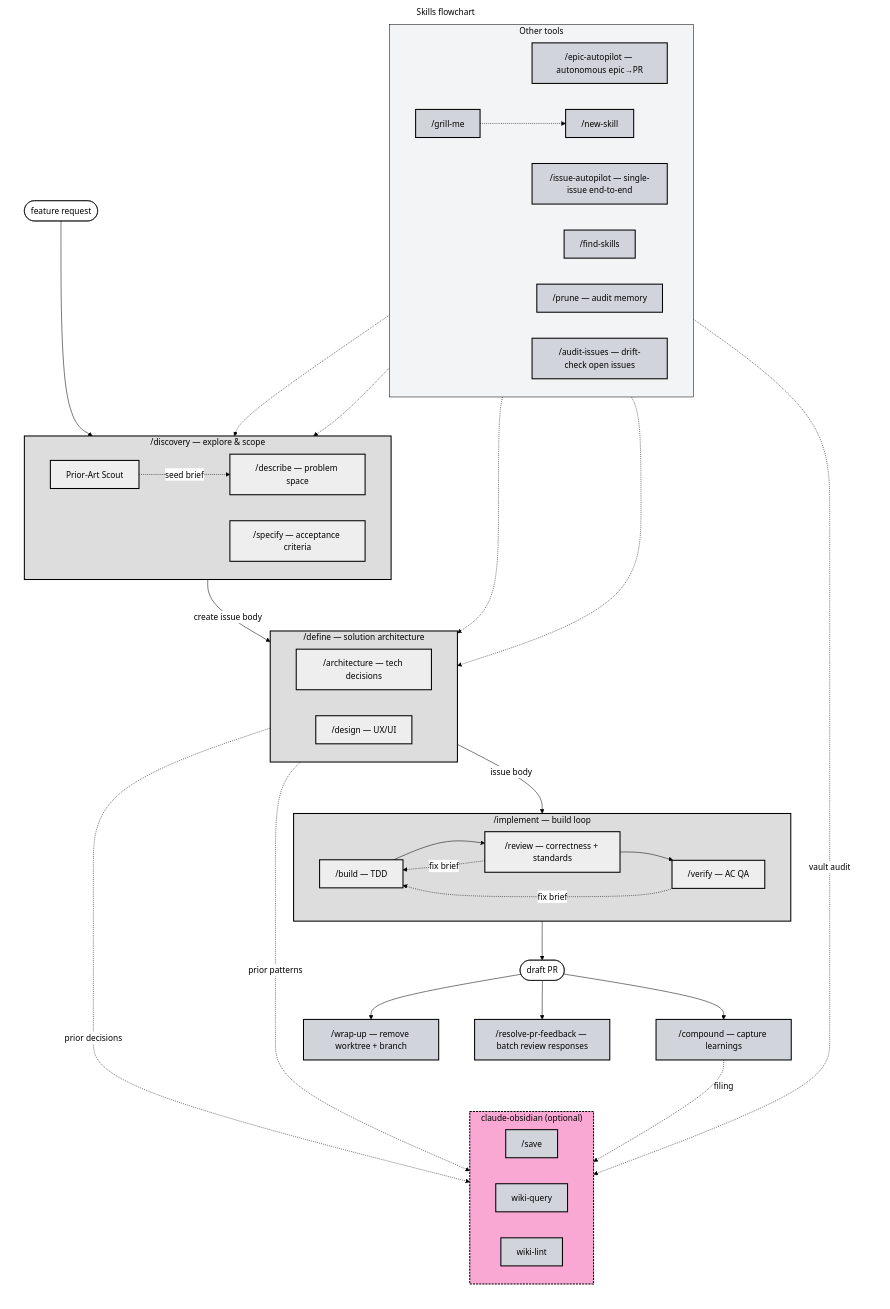
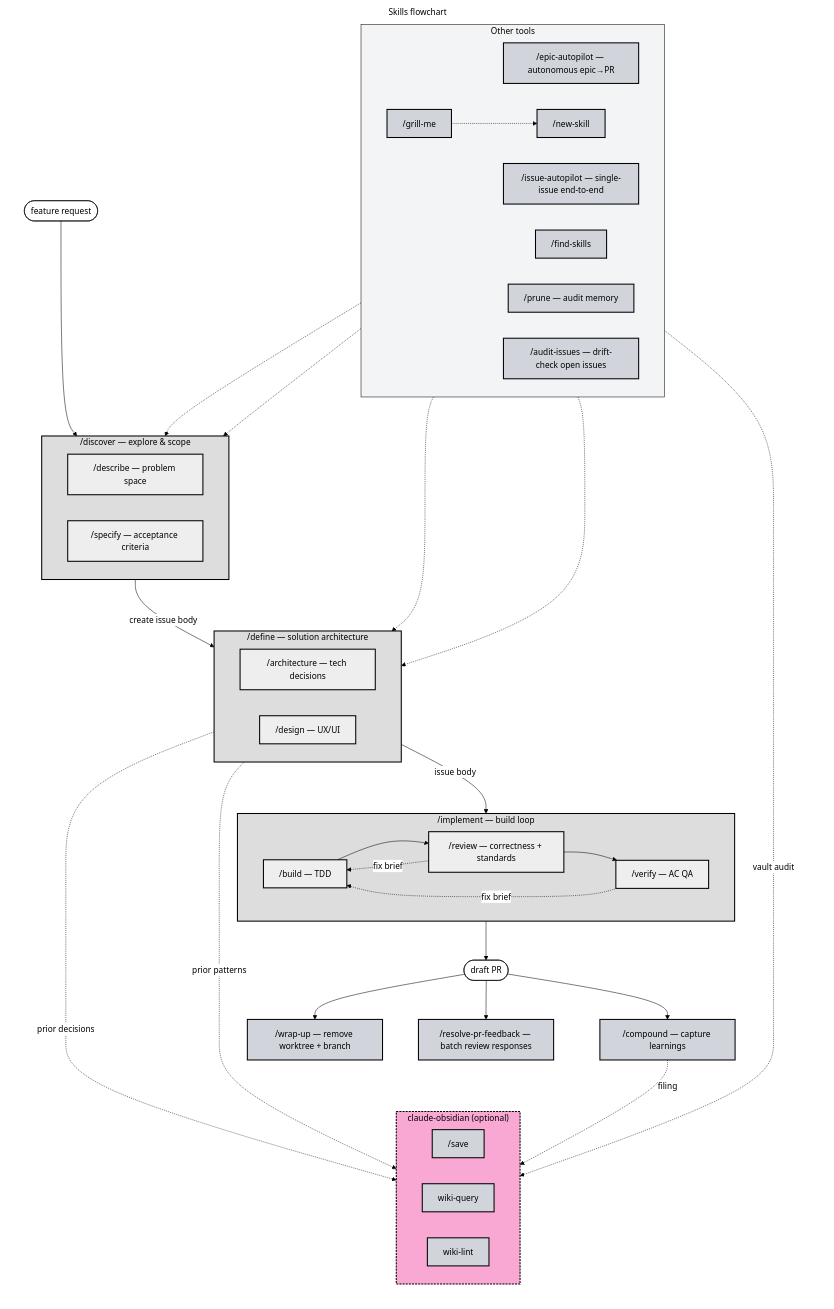
The diagram in README.md (misiekhardcore/agents-flow), drawn with Mermaid before and after one commit. The commit also changed other lines of this file and 9 other files, not shown here.

````diff
--- a/README.md
+++ b/README.md
@@ -5,79 +5,78 @@
 ```mermaid
 %%{init: {'theme':'base', 'themeVariables': {'background':'#000','primaryColor':'#ffffff','primaryTextColor':'#000000','primaryBorderColor':'#000000','lineColor':'#000000','textColor':'#000000','titleColor':'#000000','clusterBkg':'#f3f4f6','clusterBorder':'#000000','edgeLabelBackground':'#ffffff'}}}%%
 flowchart TB
     subgraph Canvas["Skills flowchart"]
         direction TB
         Start([feature request]) --> Discovery
 
-        subgraph Discovery["/discovery — explore & scope"]
+        subgraph Discovery["/discover — explore & scope"]
             direction LR
             D_Describe["/describe — problem space"]
             D_Specify["/specify — acceptance criteria"]
-            D_Scout["Prior-Art Scout"]
-            D_Scout -.seed brief.-> D_Describe
+
         end
 
         subgraph Define["/define — solution architecture"]
             direction LR
             Df_Arch["/architecture — tech decisions"]
             Df_Design["/design — UX/UI"]
         end
 
         subgraph Implement["/implement — build loop"]
             direction LR
             I_Build["/build — TDD"]
             I_Review["/review — correctness + standards"]
             I_Verify["/verify — AC QA"]
             I_Build --> I_Review --> I_Verify
             I_Verify -.fix brief.-> I_Build
             I_Review -.fix brief.-> I_Build
         end
 
         Discovery -->|create issue body| Define
         Define -->|issue body| Implement
         Implement --> PR([draft PR])
         PR --> Compound["/compound — capture learnings"]
         PR --> ResolvePR["/resolve-pr-feedback — batch review responses"]
         PR --> WrapUp["/wrap-up — remove worktree + branch"]
 
         subgraph Meta["Other tools"]
             direction LR
             EpicAutopilot["/epic-autopilot — autonomous epic→PR"]
             IssueAutopilot["/issue-autopilot — single-issue end-to-end"]
             NewSkill["/new-skill"]
             FindSkills["/find-skills"]
             Prune["/prune — audit memory"]
             AuditIssues["/audit-issues — drift-check open issues"]
             GrillMe["/grill-me"]
         end
 
         GrillMe -.-> D_Describe
         GrillMe -.-> D_Specify
         GrillMe -.-> Df_Arch
         GrillMe -.-> Df_Design
         GrillMe -.-> NewSkill
 
         subgraph Obsidian["claude-obsidian (optional)"]
             direction LR
             Save["/save"]
             WikiQuery["wiki-query"]
             WikiLint["wiki-lint"]
         end
         Compound -. filing .-> Save
         Df_Arch -. prior patterns .-> WikiQuery
         Define -. prior decisions .-> WikiQuery
         Prune -. vault audit .-> WikiLint
     end
 
     classDef canvas fill:#ffffff,stroke:#ffffff,color:#000000
     classDef orch fill:#dddddd,stroke:#000000,stroke-width:2px,color:#000000
     classDef spec fill:#eeeeee,stroke:#000000,stroke-width:2px,color:#000000
     classDef prim fill:#a5b4fc,stroke:#000000,stroke-width:2px,color:#000000
     classDef meta fill:#d1d5db,stroke:#000000,stroke-width:2px,color:#000000
     classDef ext  fill:#f9a8d4,stroke:#000000,stroke-width:2px,stroke-dasharray:4 2,color:#000000
     class Canvas canvas
     class Discovery,Define,Implement orch
     class D_Describe,D_Specify,D_Scout,Df_Arch,Df_Design,I_Build,I_Review,I_Verify spec
     class GrillMe,NewSkill,FindSkills,Prune,AuditIssues,WrapUp,Compound,ResolvePR,EpicAutopilot,IssueAutopilot,Save,WikiQuery,WikiLint meta
     class Obsidian ext
 ```
````
